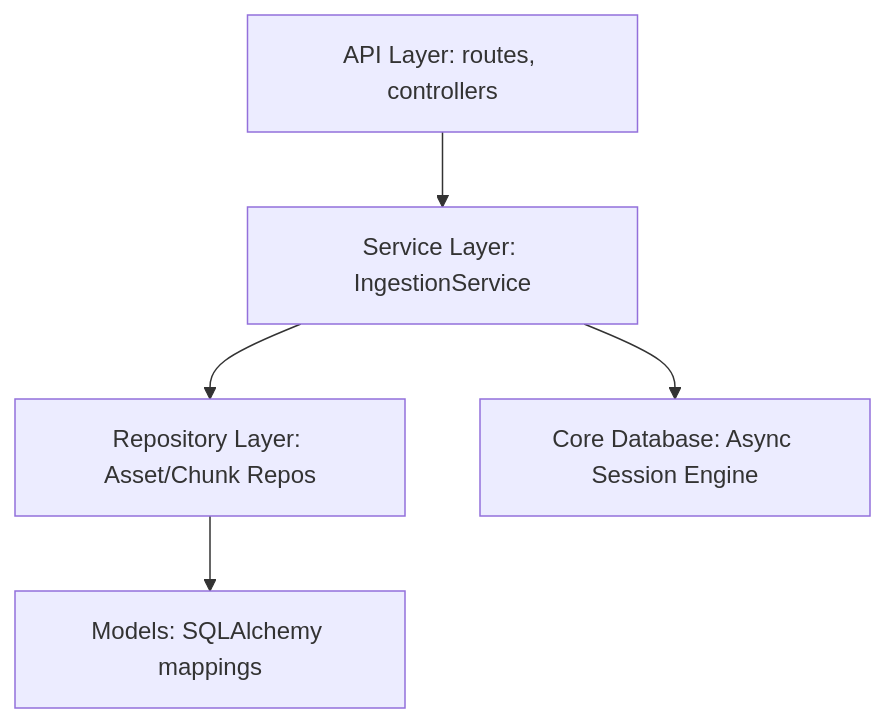
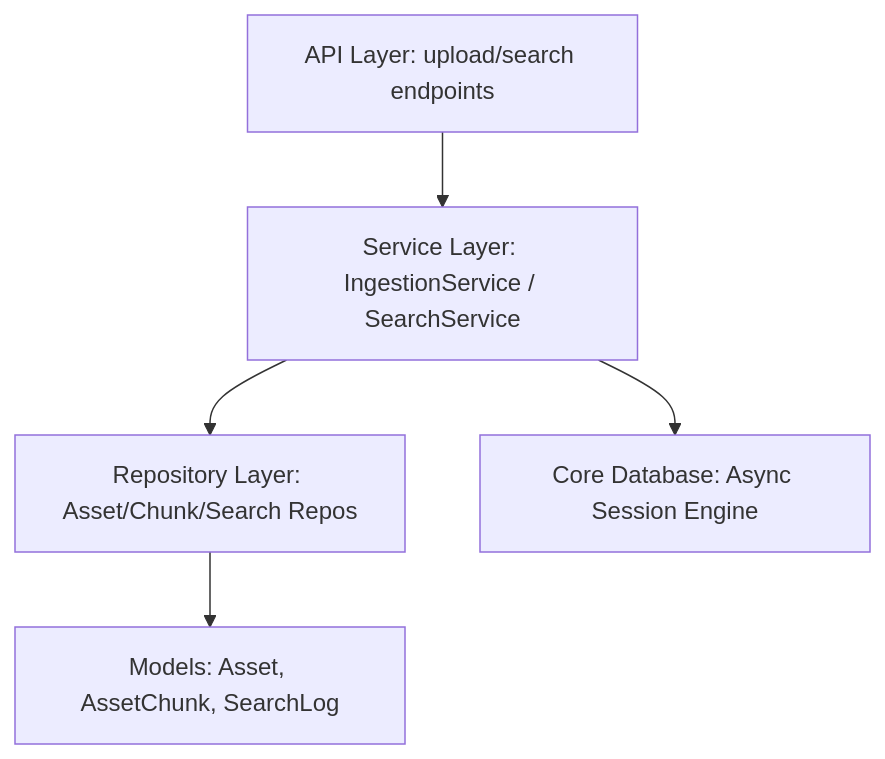
Before and after one commit to AhmedIbrahim464503/OMNISEEK: the diagram in docs/architecture.md, drawn with Mermaid. The commit also changed other lines of this file and 11 other files, not shown here.

````diff
--- a/docs/architecture.md
+++ b/docs/architecture.md
@@ -23,7 +30,7 @@
 ```mermaid
 graph TD
-    API[API Layer: routes, controllers] --> Services[Service Layer: IngestionService]
-    Services --> Repositories[Repository Layer: Asset/Chunk Repos]
-    Repositories --> Models[Models: SQLAlchemy mappings]
+    API[API Layer: upload/search endpoints] --> Services[Service Layer: IngestionService / SearchService]
+    Services --> Repositories[Repository Layer: Asset/Chunk/Search Repos]
+    Repositories --> Models[Models: Asset, AssetChunk, SearchLog]
     Services --> DB[Core Database: Async Session Engine]
 ```
````
